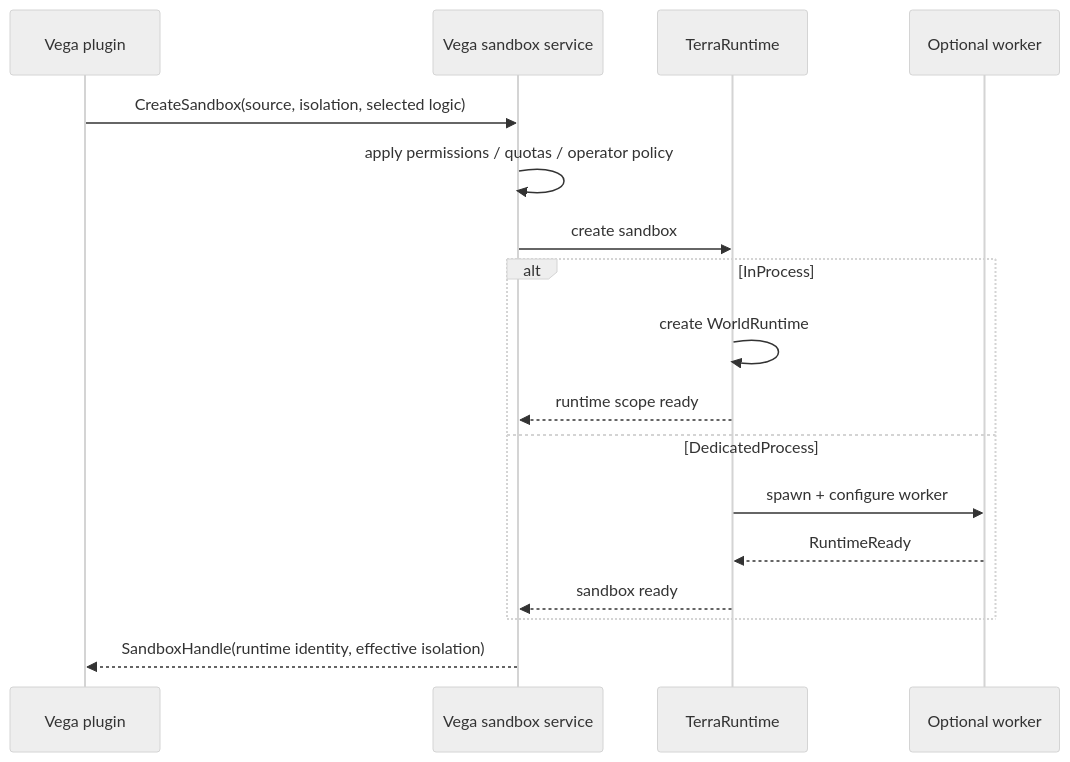
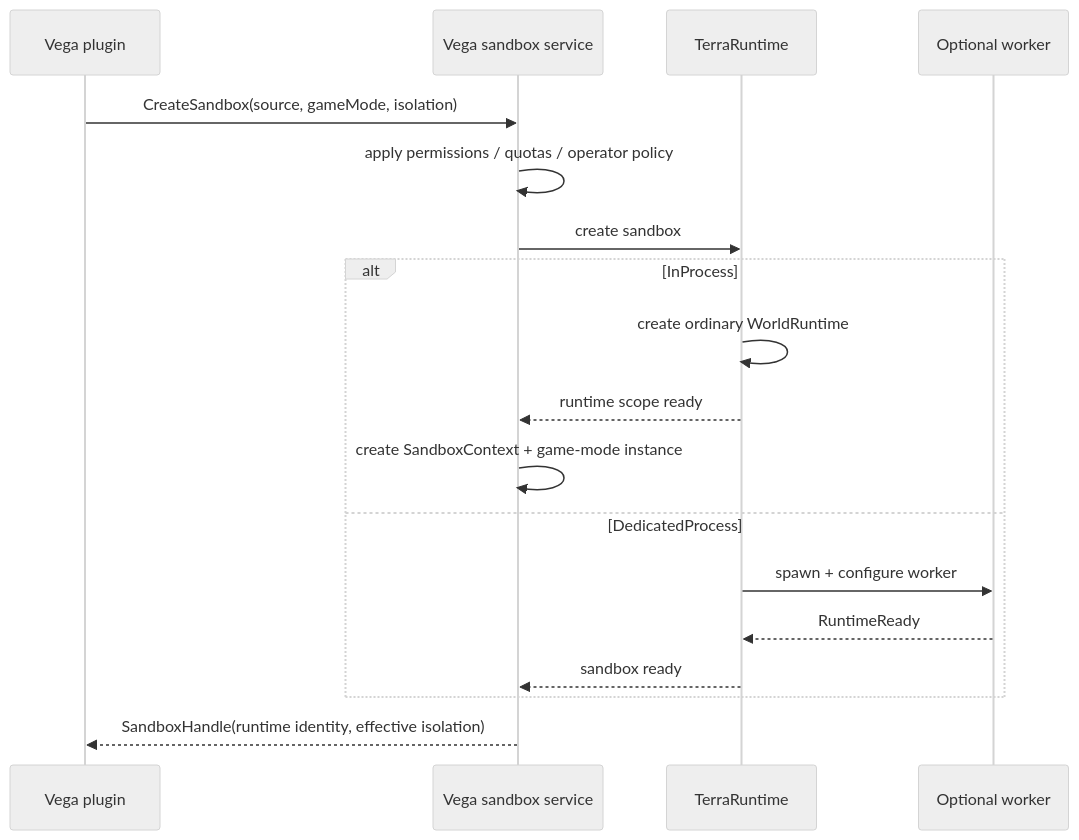
One commit to VegaKernel/TerraRuntime changed the second of 8 diagrams in docs/en/sandbox/vega-integration.md. Above: the diagram before and after it, drawn with Mermaid (neutral theme). The commit also changed other lines of this file and 3 other files, not shown here.

First line of the commit message:
Document Level 1 plugin and world isolation

````diff
--- a/docs/en/sandbox/vega-integration.md
+++ b/docs/en/sandbox/vega-integration.md
@@ -9,20 +23,21 @@
 ```mermaid
 sequenceDiagram
     participant P as Vega plugin
     participant V as Vega sandbox service
     participant R as TerraRuntime
     participant W as Optional worker
 
-    P->>V: CreateSandbox(source, isolation, selected logic)
+    P->>V: CreateSandbox(source, gameMode, isolation)
     V->>V: apply permissions / quotas / operator policy
     V->>R: create sandbox
     alt InProcess
-        R->>R: create WorldRuntime
+        R->>R: create ordinary WorldRuntime
         R-->>V: runtime scope ready
+        V->>V: create SandboxContext + game-mode instance
     else DedicatedProcess
         R->>W: spawn + configure worker
         W-->>R: RuntimeReady
         R-->>V: sandbox ready
     end
     V-->>P: SandboxHandle(runtime identity, effective isolation)
 ```
````
